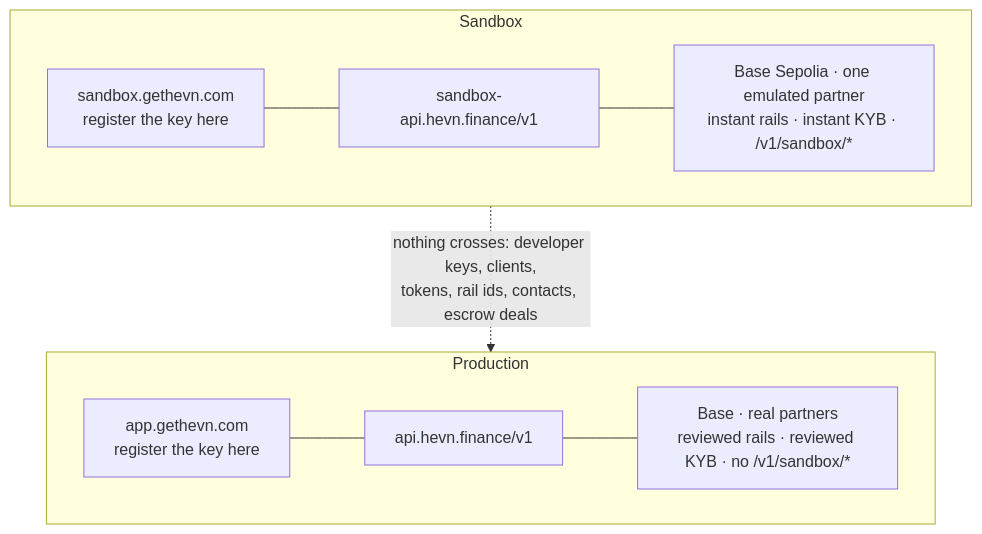
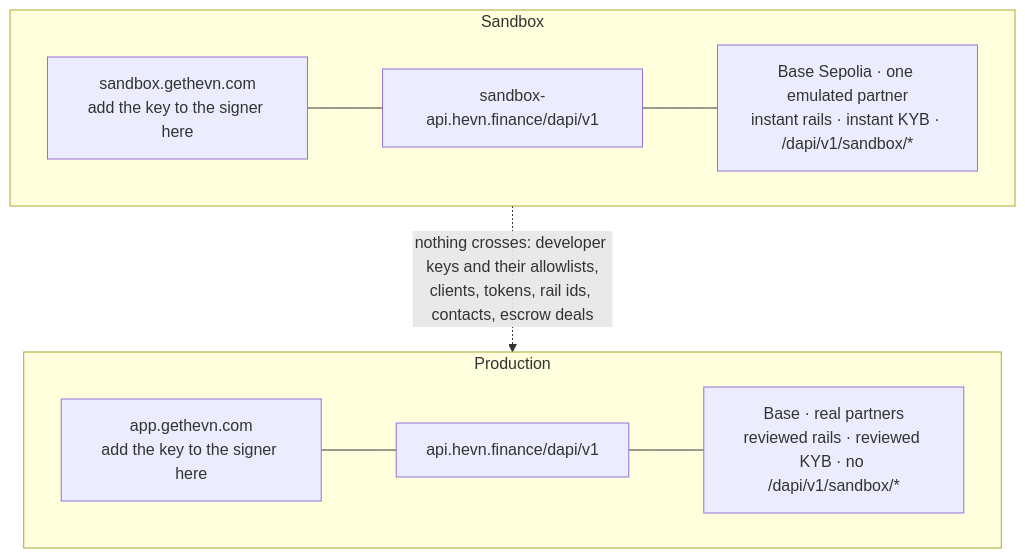
One commit to hevn-inc/docs changed the diagram in whitelabel/going-live.mdx. Above: the diagram before and after it, drawn with Mermaid. The commit also changed other lines of this file and 37 other files, not shown here.

````diff
--- a/whitelabel/going-live.mdx
+++ b/whitelabel/going-live.mdx
@@ -10,16 +10,16 @@
 ```mermaid
 flowchart TB
     subgraph Sandbox
-        SA["sandbox.gethevn.com<br/>register the key here"]
-        SB["sandbox-api.hevn.finance/v1"]
-        SC["Base Sepolia · one emulated partner<br/>instant rails · instant KYB · /v1/sandbox/*"]
+        SA["sandbox.gethevn.com<br/>add the key to the signer here"]
+        SB["sandbox-api.hevn.finance/dapi/v1"]
+        SC["Base Sepolia · one emulated partner<br/>instant rails · instant KYB · /dapi/v1/sandbox/*"]
         SA --- SB --- SC
     end
     subgraph Production
-        PA["app.gethevn.com<br/>register the key here"]
-        PB["api.hevn.finance/v1"]
-        PC["Base · real partners<br/>reviewed rails · reviewed KYB · no /v1/sandbox/*"]
+        PA["app.gethevn.com<br/>add the key to the signer here"]
+        PB["api.hevn.finance/dapi/v1"]
+        PC["Base · real partners<br/>reviewed rails · reviewed KYB · no /dapi/v1/sandbox/*"]
         PA --- PB --- PC
     end
-    Sandbox -. "nothing crosses: developer keys, clients,<br/>tokens, rail ids, contacts, escrow deals" .-> Production
+    Sandbox -. "nothing crosses: developer keys and their allowlists,<br/>clients, tokens, rail ids, contacts, escrow deals" .-> Production
 ```
````
